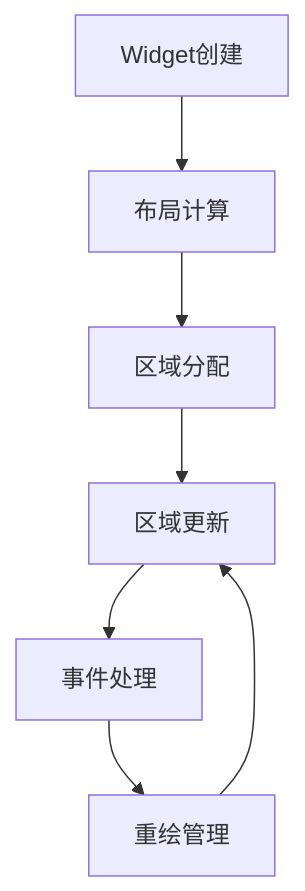
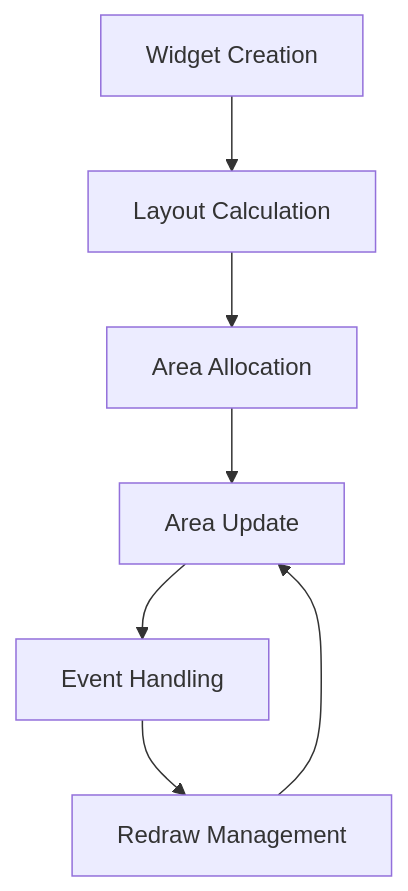
One commit to kervinct/makepad-book changed the third of 3 diagrams in docs/en/guide/widget/widget-render.mdx. Above: the diagram before and after it, drawn with Mermaid. The commit also changed other lines of this file and 3 other files, not shown here.

````diff
--- a/docs/en/guide/widget/widget-render.mdx
+++ b/docs/en/guide/widget/widget-render.mdx
@@ -331,10 +333,9 @@
 ```mermaid
 graph TD
-    A[Widget创建] --> B[布局计算]
-    B --> C[区域分配]
-    C --> D[区域更新]
-    D --> E[事件处理]
-    E --> F[重绘管理]
+    A[Widget Creation] --> B[Layout Calculation]
+    B --> C[Area Allocation]
+    C --> D[Area Update]
+    D --> E[Event Handling]
+    E --> F[Redraw Management]
     F --> D
-
 ```
````
